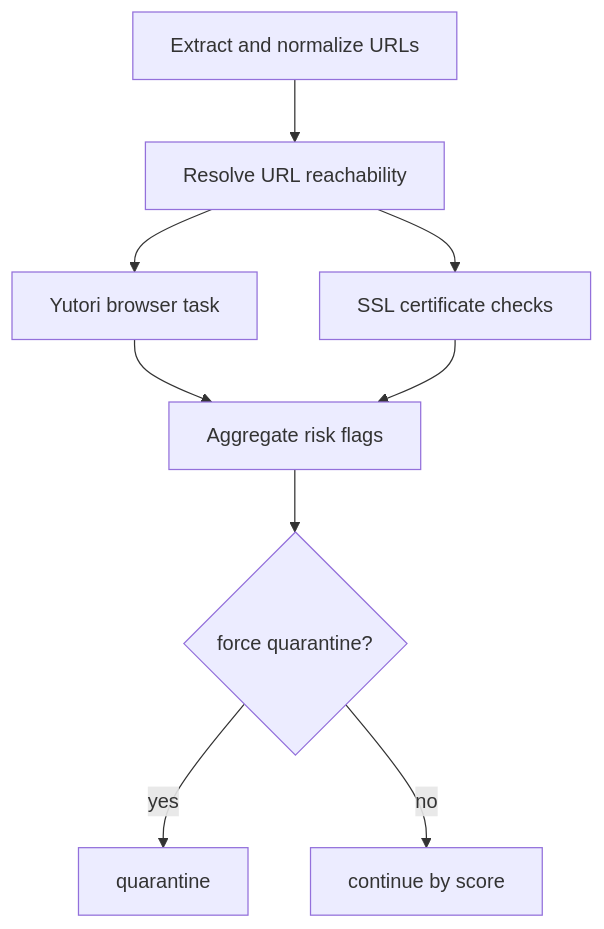
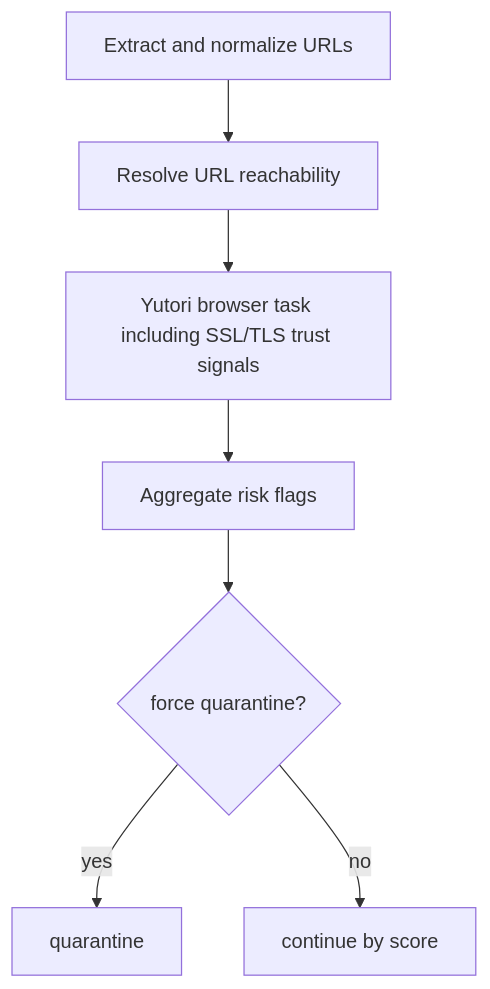
Before and after one commit to pramodthe/anti-scam.ai: the third of 3 diagrams in README.md, drawn with Mermaid. The commit also changed other lines of this file and 56 other files, not shown here.

````diff
--- a/README.md
+++ b/README.md
@@ -77,11 +72,9 @@
 ```mermaid
 flowchart TD
     L1[Extract and normalize URLs] --> L2[Resolve URL reachability]
-    L2 --> L3[Yutori browser task]
-    L2 --> L4[SSL certificate checks]
+    L2 --> L3[Yutori browser task including SSL/TLS trust signals]
     L3 --> L5[Aggregate risk flags]
-    L4 --> L5
     L5 --> L6{force quarantine?}
     L6 -->|yes| L7[quarantine]
     L6 -->|no| L8[continue by score]
 ```
````
